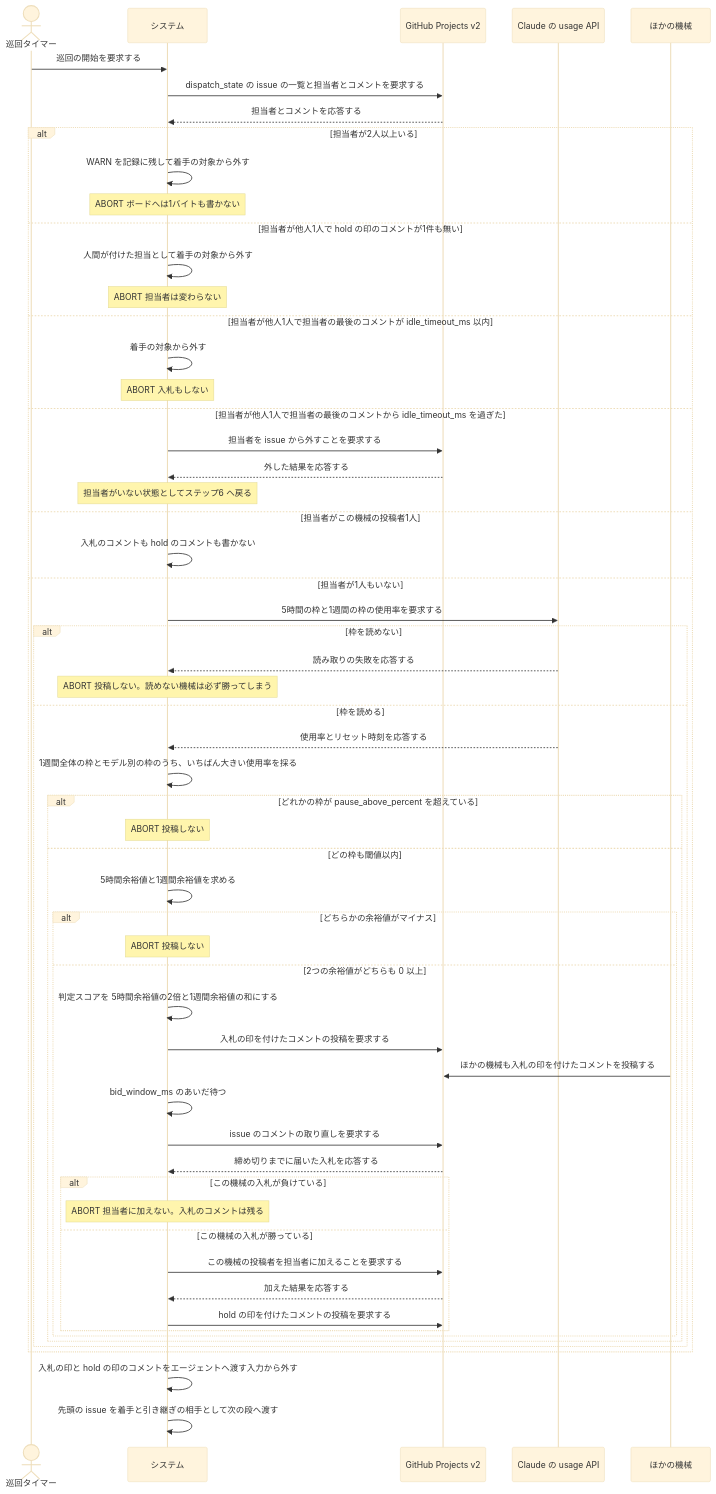
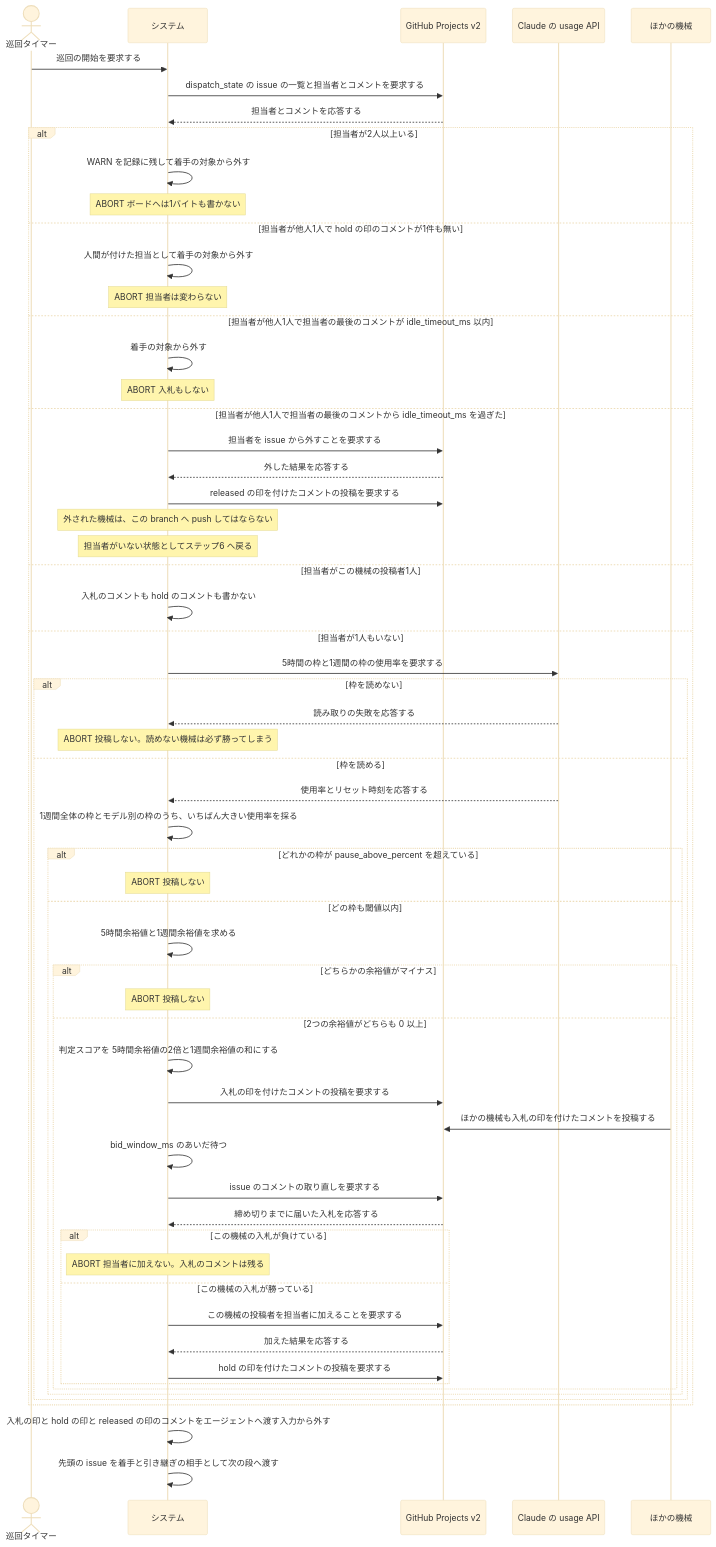
Before and after one commit to maimuzo/continuo: the second of 2 diagrams in docs/spec/usecases/particular_case/issue の担当を入札で決める.rucm.md, drawn with Mermaid (base theme). The commit also changed other lines of this file and 20 other files, not shown here.

````diff
--- a/docs/spec/usecases/particular_case/issue の担当を入札で決める.rucm.md
+++ b/docs/spec/usecases/particular_case/issue の担当を入札で決める.rucm.md
@@ -343,61 +375,63 @@
 ```mermaid
 sequenceDiagram
     actor T as 巡回タイマー
     participant S as システム
     participant GH as GitHub Projects v2
     participant Q as Claude の usage API
     participant M as ほかの機械
 
     T->>S: 巡回の開始を要求する
     S->>GH: dispatch_state の issue の一覧と担当者とコメントを要求する
     GH-->>S: 担当者とコメントを応答する
     alt 担当者が2人以上いる
         S->>S: WARN を記録に残して着手の対象から外す
         Note over S: ABORT ボードへは1バイトも書かない
     else 担当者が他人1人で hold の印のコメントが1件も無い
         S->>S: 人間が付けた担当として着手の対象から外す
         Note over S: ABORT 担当者は変わらない
     else 担当者が他人1人で担当者の最後のコメントが idle_timeout_ms 以内
         S->>S: 着手の対象から外す
         Note over S: ABORT 入札もしない
     else 担当者が他人1人で担当者の最後のコメントから idle_timeout_ms を過ぎた
         S->>GH: 担当者を issue から外すことを要求する
         GH-->>S: 外した結果を応答する
+        S->>GH: released の印を付けたコメントの投稿を要求する
+        Note over S: 外された機械は、この branch へ push してはならない
         Note over S: 担当者がいない状態としてステップ6 へ戻る
     else 担当者がこの機械の投稿者1人
         S->>S: 入札のコメントも hold のコメントも書かない
     else 担当者が1人もいない
         S->>Q: 5時間の枠と1週間の枠の使用率を要求する
         alt 枠を読めない
             Q-->>S: 読み取りの失敗を応答する
             Note over S: ABORT 投稿しない。読めない機械は必ず勝ってしまう
         else 枠を読める
             Q-->>S: 使用率とリセット時刻を応答する
             S->>S: 1週間全体の枠とモデル別の枠のうち、いちばん大きい使用率を採る
             alt どれかの枠が pause_above_percent を超えている
                 Note over S: ABORT 投稿しない
             else どの枠も閾値以内
                 S->>S: 5時間余裕値と1週間余裕値を求める
                 alt どちらかの余裕値がマイナス
                     Note over S: ABORT 投稿しない
                 else 2つの余裕値がどちらも 0 以上
                     S->>S: 判定スコアを 5時間余裕値の2倍と1週間余裕値の和にする
                     S->>GH: 入札の印を付けたコメントの投稿を要求する
                     M->>GH: ほかの機械も入札の印を付けたコメントを投稿する
                     S->>S: bid_window_ms のあいだ待つ
                     S->>GH: issue のコメントの取り直しを要求する
                     GH-->>S: 締め切りまでに届いた入札を応答する
                     alt この機械の入札が負けている
                         Note over S: ABORT 担当者に加えない。入札のコメントは残る
                     else この機械の入札が勝っている
                         S->>GH: この機械の投稿者を担当者に加えることを要求する
                         GH-->>S: 加えた結果を応答する
                         S->>GH: hold の印を付けたコメントの投稿を要求する
                     end
                 end
             end
         end
     end
-    S->>S: 入札の印と hold の印のコメントをエージェントへ渡す入力から外す
+    S->>S: 入札の印と hold の印と released の印のコメントをエージェントへ渡す入力から外す
     S->>S: 先頭の issue を着手と引き継ぎの相手として次の段へ渡す
 ```
````
